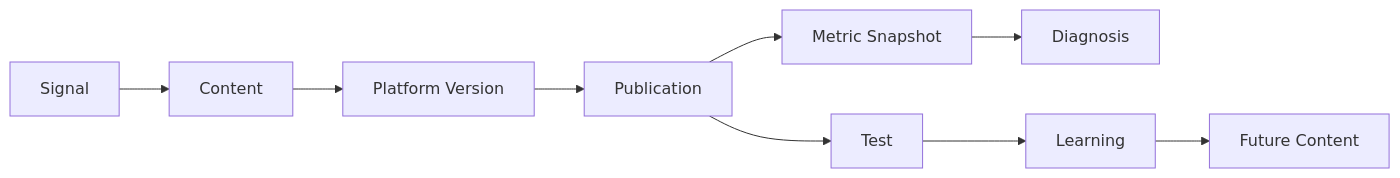
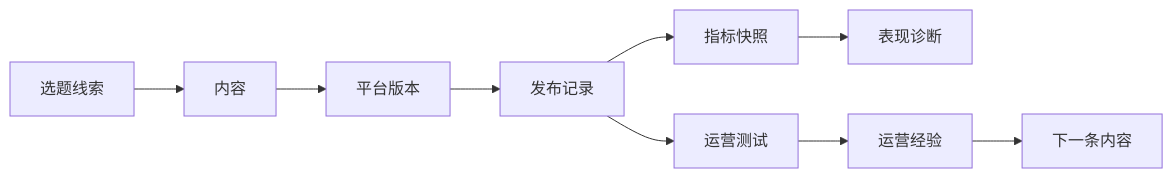
Before and after one commit to halexzd686-cloud/contentloop: the second of 2 diagrams in README.md, drawn with Mermaid. The commit also changed other lines of this file and 50 other files, not shown here.

````diff
--- a/README.md
+++ b/README.md
@@ -91,5 +91,5 @@
 ```mermaid
 flowchart LR
-  Signal --> Content --> PV[Platform Version] --> Publication --> MS[Metric Snapshot] --> Diagnosis
-  Publication --> Test --> Learning --> FC[Future Content]
+  Signal[选题线索] --> Content[内容] --> PV[平台版本] --> Publication[发布记录] --> MS[指标快照] --> Diagnosis[表现诊断]
+  Publication --> Test[运营测试] --> Learning[运营经验] --> FC[下一条内容]
 ```
````
